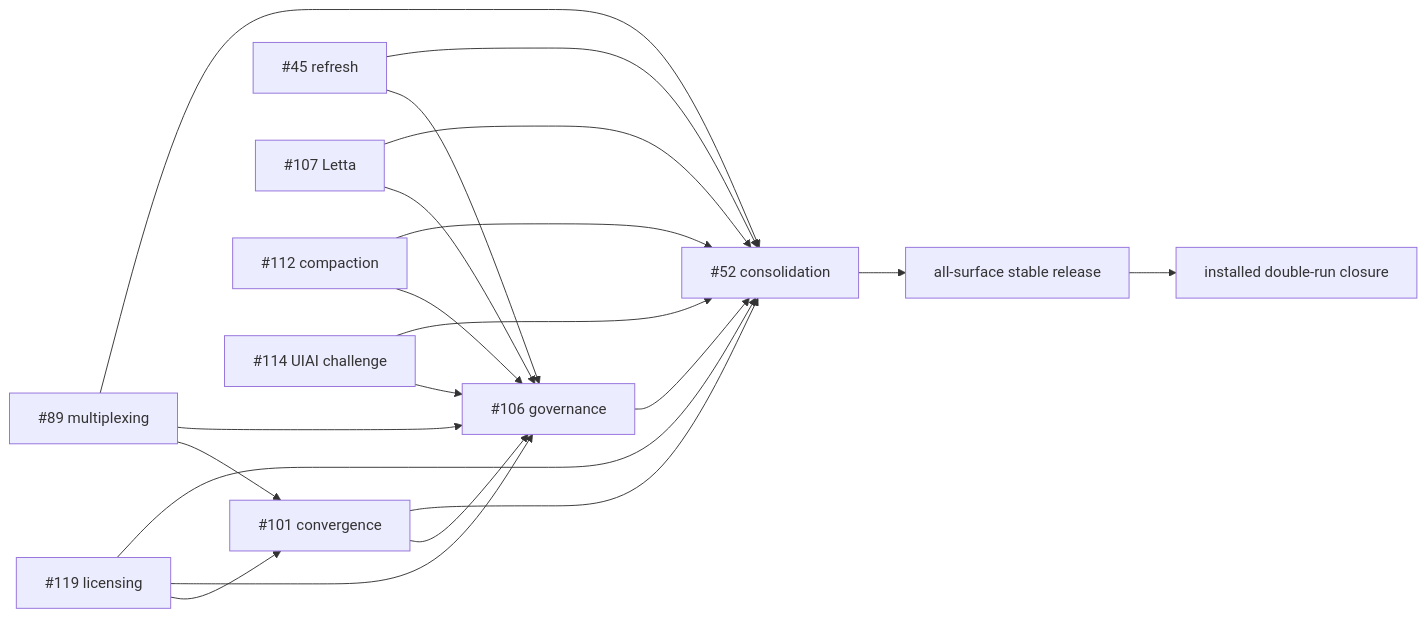
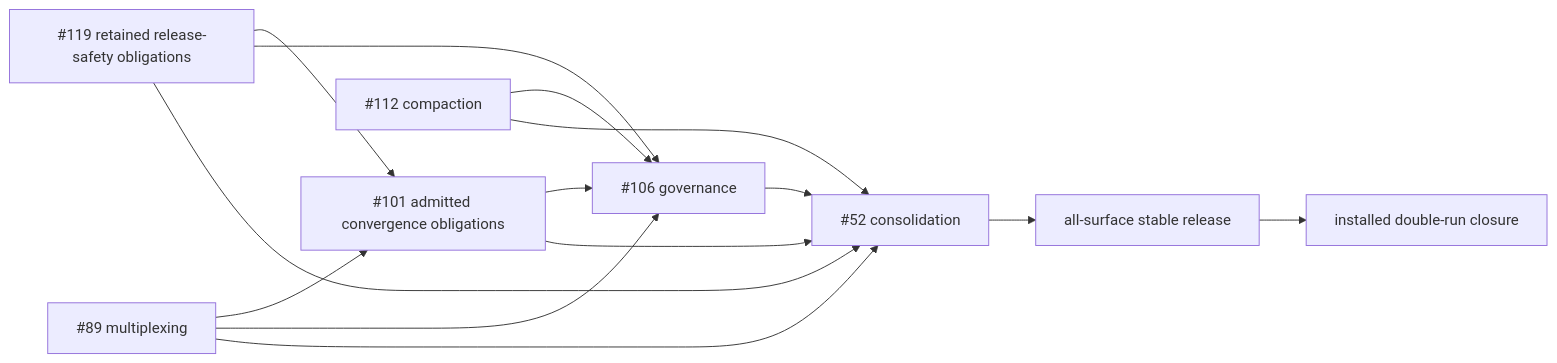
Before and after one commit to Startempire-Wire/focusa: the second of 2 diagrams in docs/153-focusa-locked-release-repair-task-graph.md, drawn with Mermaid. The commit also changed other lines of this file and 1 other file, not shown here.

Commit message:
docs: exclude optional lanes from locked release

````diff
--- a/docs/153-focusa-locked-release-repair-task-graph.md
+++ b/docs/153-focusa-locked-release-repair-task-graph.md
@@ -208,34 +207,25 @@
 ```mermaid
 flowchart LR
-  L119[#119 licensing]
+  L119[#119 retained release-safety obligations]
   M89[#89 multiplexing]
-  C101[#101 convergence]
-  R45[#45 refresh]
-  A107[#107 Letta]
+  C101[#101 admitted convergence obligations]
   P112[#112 compaction]
-  U114[#114 UIAI challenge]
   G106[#106 governance]
   O52[#52 consolidation]
   REL[all-surface stable release]
   FINAL[installed double-run closure]
 
   L119 --> C101
   M89 --> C101
   L119 --> G106
   M89 --> G106
   C101 --> G106
-  R45 --> G106
-  A107 --> G106
   P112 --> G106
-  U114 --> G106
   G106 --> O52
   L119 --> O52
   M89 --> O52
   C101 --> O52
-  R45 --> O52
-  A107 --> O52
   P112 --> O52
-  U114 --> O52
   O52 --> REL
   REL --> FINAL
 ```
````
